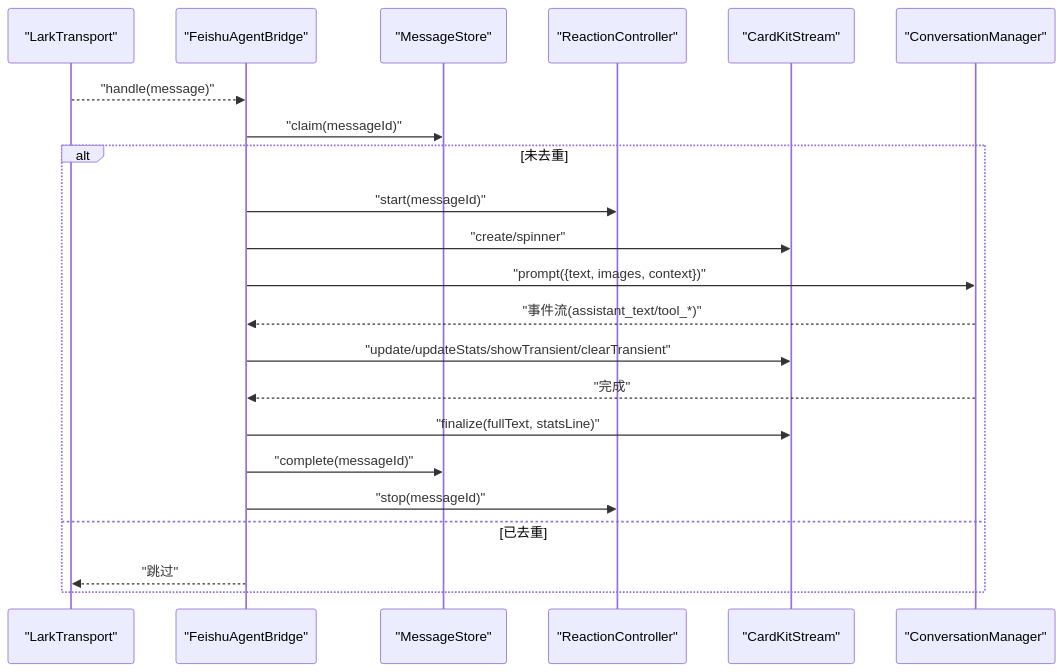
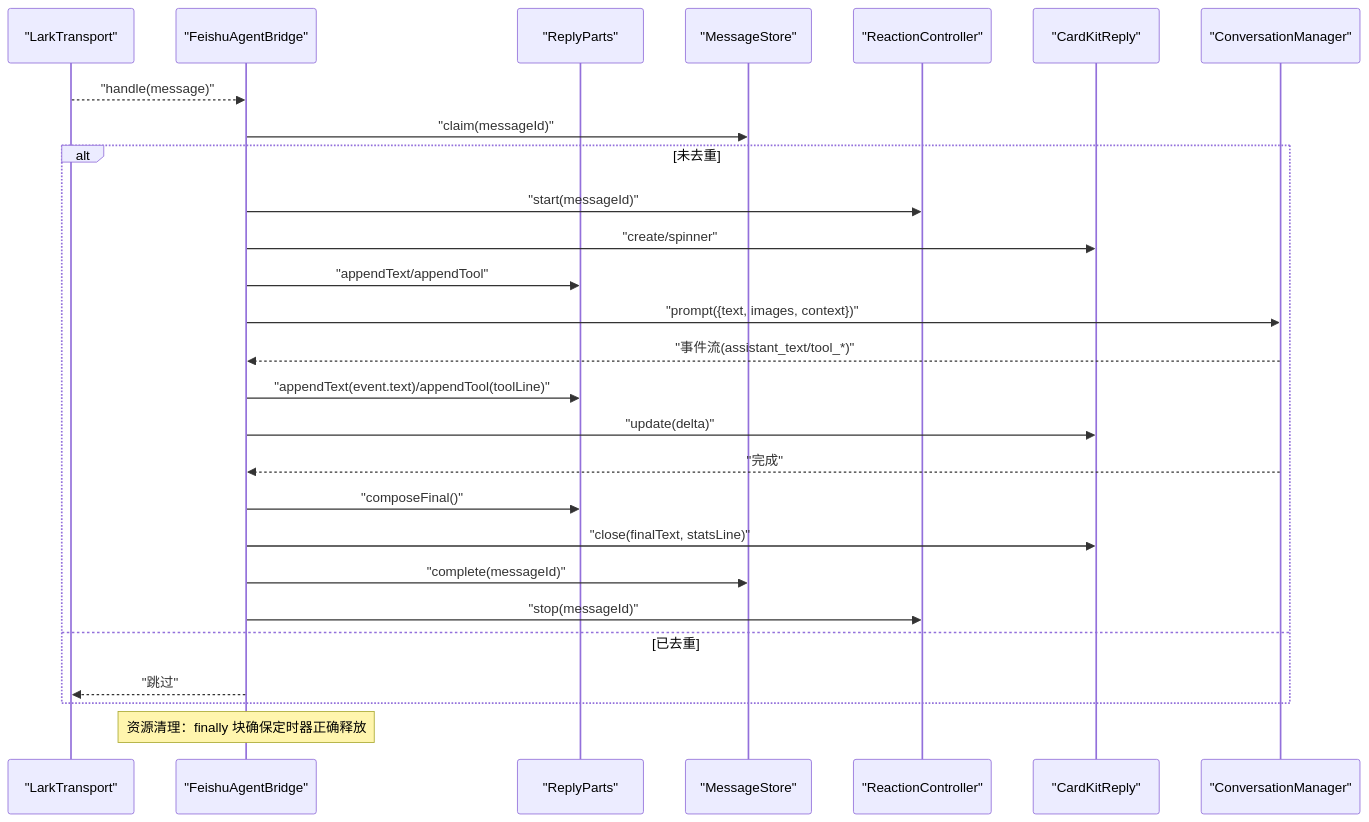
One commit to HeXiaoShu520/feishu-pi changed the fifth of 6 diagrams in .qoder/repowiki/zh/content/架构设计/核心组件/消息桥接层.md. Above: the diagram before and after it, drawn with Mermaid. The commit also changed other lines of this file and 47 other files, not shown here.

````diff
--- a/.qoder/repowiki/zh/content/架构设计/核心组件/消息桥接层.md
+++ b/.qoder/repowiki/zh/content/架构设计/核心组件/消息桥接层.md
@@ -183,24 +270,29 @@
 ```mermaid
 sequenceDiagram
 participant LT as "LarkTransport"
 participant AB as "FeishuAgentBridge"
+participant RP as "ReplyParts"
 participant MS as "MessageStore"
 participant RC as "ReactionController"
-participant CK as "CardKitStream"
+participant CKR as "CardKitReply"
 participant CM as "ConversationManager"
 LT-->>AB : "handle(message)"
 AB->>MS : "claim(messageId)"
 alt 未去重
 AB->>RC : "start(messageId)"
-AB->>CK : "create/spinner"
+AB->>CKR : "create/spinner"
+AB->>RP : "appendText/appendTool"
 AB->>CM : "prompt({text, images, context})"
 CM-->>AB : "事件流(assistant_text/tool_*)"
-AB->>CK : "update/updateStats/showTransient/clearTransient"
+AB->>RP : "appendText(event.text)/appendTool(toolLine)"
+AB->>CKR : "update(delta)"
 CM-->>AB : "完成"
-AB->>CK : "finalize(fullText, statsLine)"
+AB->>RP : "composeFinal()"
+AB->>CKR : "close(finalText, statsLine)"
 AB->>MS : "complete(messageId)"
 AB->>RC : "stop(messageId)"
 else 已去重
 AB-->>LT : "跳过"
 end
+Note over AB : 资源清理：finally 块确保定时器正确释放
 ```
````
